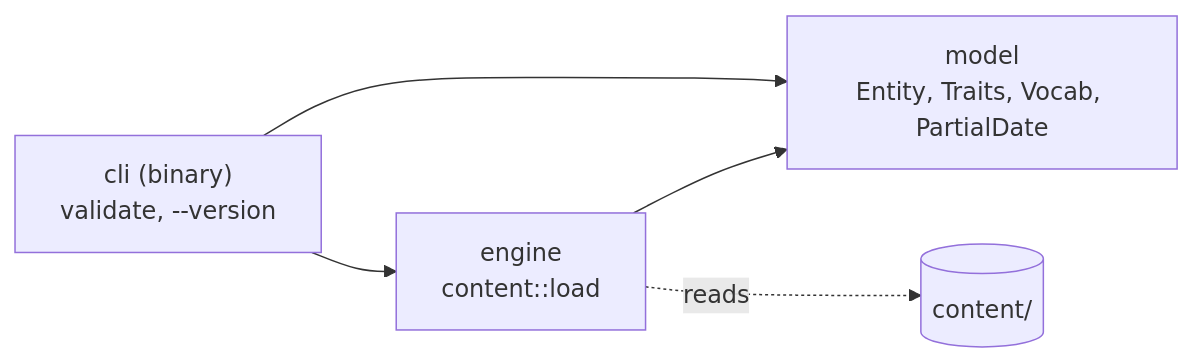
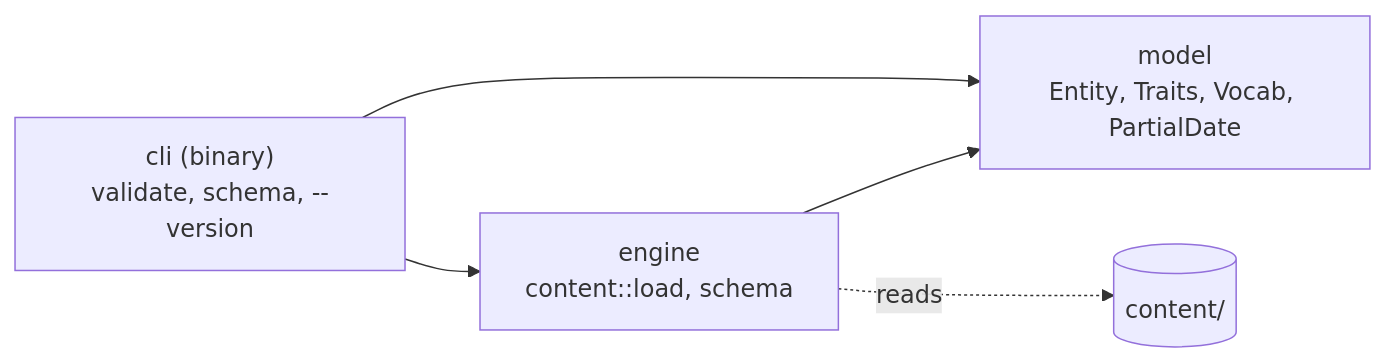
One commit to winksen/Crispy-Potato changed the second of 2 diagrams in docs/MINDMAP.md. Above: the diagram before and after it, drawn with Mermaid. The commit also changed other lines of this file and 23 other files, not shown here.

````diff
--- a/docs/MINDMAP.md
+++ b/docs/MINDMAP.md
@@ -86,7 +88,7 @@
 ```mermaid
 flowchart LR
-  cli["cli (binary)<br/>validate, --version"] --> engine["engine<br/>content::load"]
+  cli["cli (binary)<br/>validate, schema, --version"] --> engine["engine<br/>content::load, schema"]
   cli --> model
   engine --> model["model<br/>Entity, Traits, Vocab, PartialDate"]
   engine -. reads .-> content[("content/")]
 ```
````
